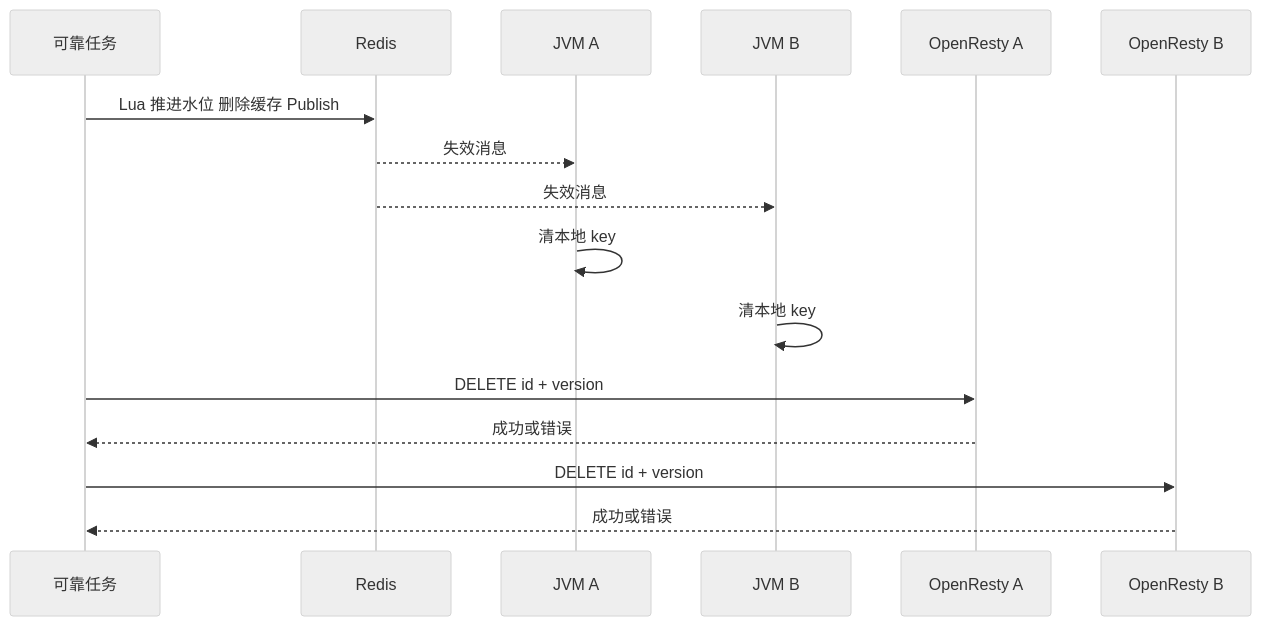
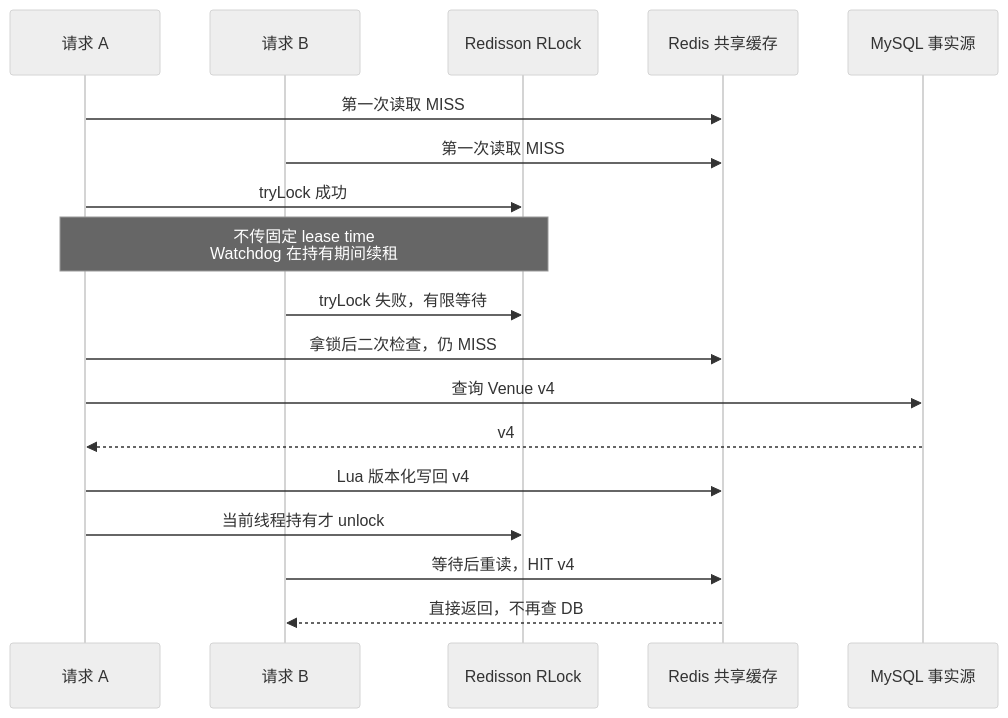
The seventh of 15 diagrams in 02-多级缓存一致性.md (SyH-101/citypass-platform), drawn with Mermaid (neutral theme) before and after one commit. The commit also changed other lines of this file, not shown here.

````diff
--- a/02-多级缓存一致性.md
+++ b/02-多级缓存一致性.md
@@ -645,18 +414,20 @@
 ```mermaid
 sequenceDiagram
-    participant T as 可靠任务
-    participant R as Redis
-    participant A as JVM A
-    participant B as JVM B
-    participant G1 as OpenResty A
-    participant G2 as OpenResty B
-    T->>R: Lua 推进水位 删除缓存 Publish
-    R-->>A: 失效消息
-    R-->>B: 失效消息
-    A->>A: 清本地 key
-    B->>B: 清本地 key
-    T->>G1: DELETE id + version
-    G1-->>T: 成功或错误
-    T->>G2: DELETE id + version
-    G2-->>T: 成功或错误
+    participant A as 请求 A
+    participant B as 请求 B
+    participant L as Redisson RLock
+    participant R as Redis 共享缓存
+    participant DB as MySQL 事实源
+    A->>R: 第一次读取 MISS
+    B->>R: 第一次读取 MISS
+    A->>L: tryLock 成功
+    Note over A,L: 不传固定 lease time<br/>Watchdog 在持有期间续租
+    B->>L: tryLock 失败，有限等待
+    A->>R: 拿锁后二次检查，仍 MISS
+    A->>DB: 查询 Venue v4
+    DB-->>A: v4
+    A->>R: Lua 版本化写回 v4
+    A->>L: 当前线程持有才 unlock
+    B->>R: 等待后重读，HIT v4
+    R-->>B: 直接返回，不再查 DB
 ```
````
